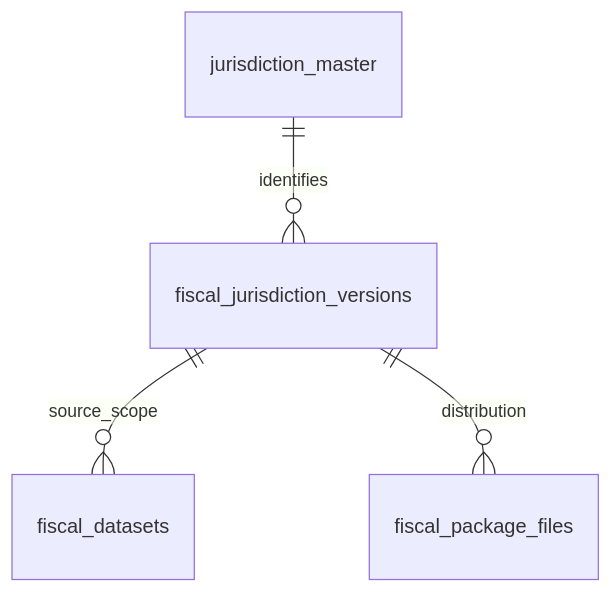
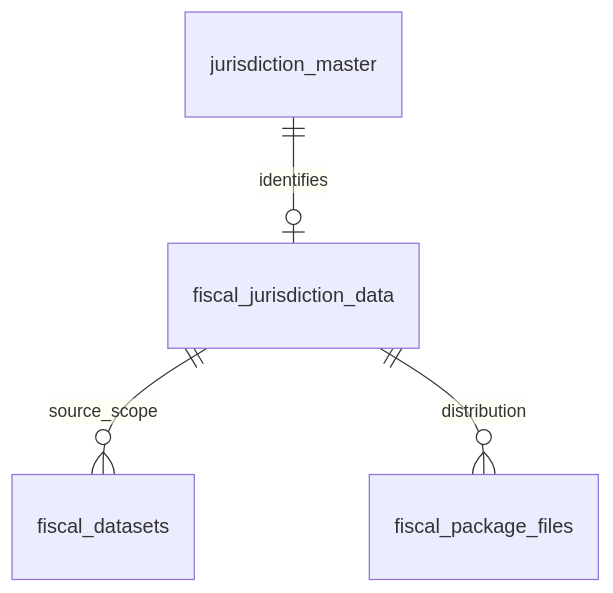
Before and after one commit to wwwyo/fudoki: the second of 2 diagrams in docs/design-doc-jurisdiction-versions.md, drawn with Mermaid. The commit also changed other lines of this file and 22 other files, not shown here.

````diff
--- a/docs/design-doc-jurisdiction-versions.md
+++ b/docs/design-doc-jurisdiction-versions.md
@@ -45,6 +45,6 @@
 ```mermaid
 erDiagram
-    jurisdiction_master ||--o{ fiscal_jurisdiction_versions : identifies
-    fiscal_jurisdiction_versions ||--o{ fiscal_datasets : source_scope
-    fiscal_jurisdiction_versions ||--o{ fiscal_package_files : distribution
+    jurisdiction_master ||--o| fiscal_jurisdiction_data : identifies
+    fiscal_jurisdiction_data ||--o{ fiscal_datasets : source_scope
+    fiscal_jurisdiction_data ||--o{ fiscal_package_files : distribution
 ```
````
